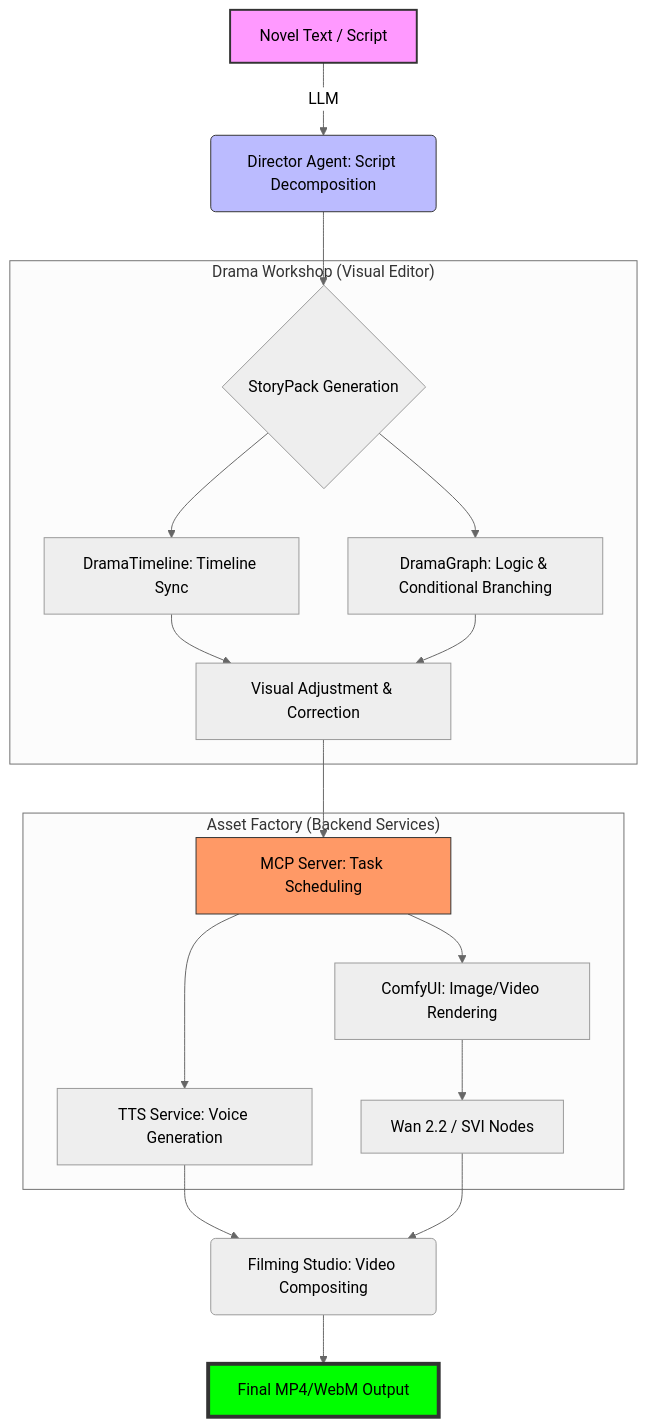
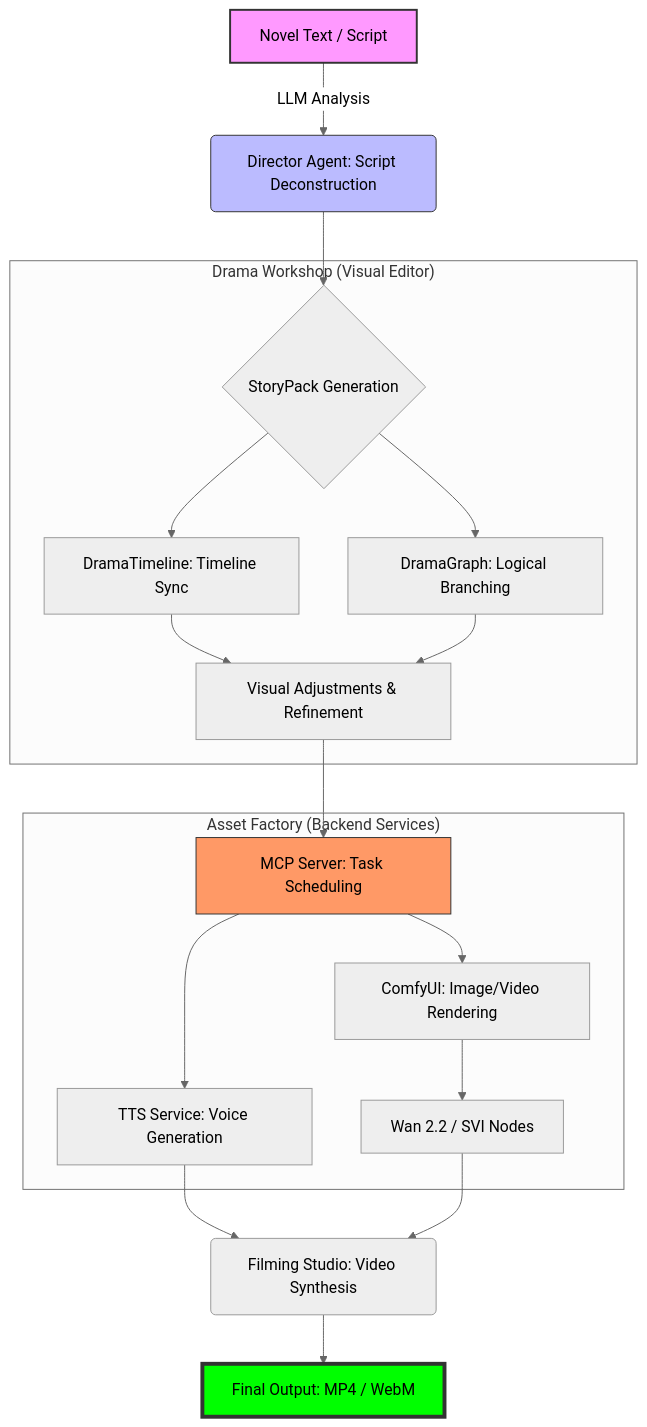
The diagram in public/knowledge/en/12_diagrams/07.Drama_Production_Workflow.md (AtsushiHarimoto/portfolio), drawn with Mermaid (neutral theme) before and after one commit. The commit also changed other lines of this file and 139 other files, not shown here.

````diff
--- a/public/knowledge/en/12_diagrams/07.Drama_Production_Workflow.md
+++ b/public/knowledge/en/12_diagrams/07.Drama_Production_Workflow.md
@@ -7,27 +11,27 @@
 ```mermaid
 graph TD
-    A[Novel Text / Script] -->|LLM| B(Director Agent: Script Decomposition)
+    A[Novel Text / Script] -->|LLM Analysis| B(Director Agent: Script Deconstruction)
     B --> C{StoryPack Generation}
 
     subgraph "Drama Workshop (Visual Editor)"
         C --> D[DramaTimeline: Timeline Sync]
-        C --> E[DramaGraph: Logic & Conditional Branching]
-        D & E --> F[Visual Adjustment & Correction]
+        C --> E[DramaGraph: Logical Branching]
+        D & E --> F[Visual Adjustments & Refinement]
     end
 
     F --> G[MCP Server: Task Scheduling]
 
     subgraph "Asset Factory (Backend Services)"
         G --> H[TTS Service: Voice Generation]
         G --> I[ComfyUI: Image/Video Rendering]
         I --> J[Wan 2.2 / SVI Nodes]
     end
 
-    H & J --> K(Filming Studio: Video Compositing)
-    K --> L[Final MP4/WebM Output]
+    H & J --> K(Filming Studio: Video Synthesis)
+    K --> L[Final Output: MP4 / WebM]
 
     style A fill:#f9f,stroke:#333,stroke-width:2px
     style L fill:#00ff00,stroke:#333,stroke-width:4px
     style B fill:#bbf,stroke:#333
     style G fill:#f96,stroke:#333
 ```
````
